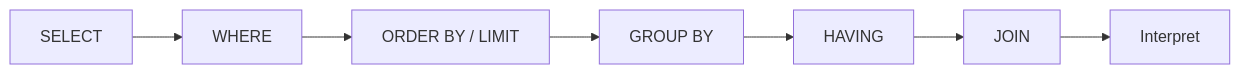
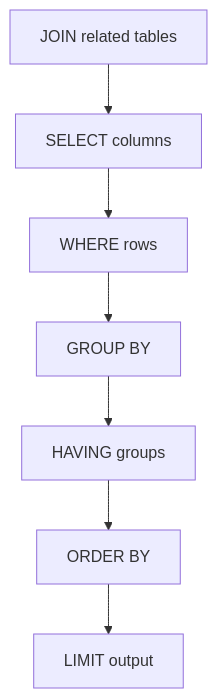
The diagram in README.md (shanmukhkoyya/mysql-assignment-2-querying-data), drawn with Mermaid before and after one commit. The commit also changed other lines of this file, not shown here.

````diff
--- a/README.md
+++ b/README.md
@@ -12,9 +12,9 @@
 ```mermaid
-flowchart LR
- A[SELECT] --> B[WHERE]
- B --> C[ORDER BY / LIMIT]
- C --> D[GROUP BY]
- D --> E[HAVING]
- E --> F[JOIN]
- F --> G[Interpret]
+flowchart TD
+ A[SELECT columns] --> B[WHERE rows]
+ B --> C[GROUP BY]
+ C --> D[HAVING groups]
+ D --> E[ORDER BY]
+ E --> F[LIMIT output]
+ G[JOIN related tables] --> A
 ```
````
